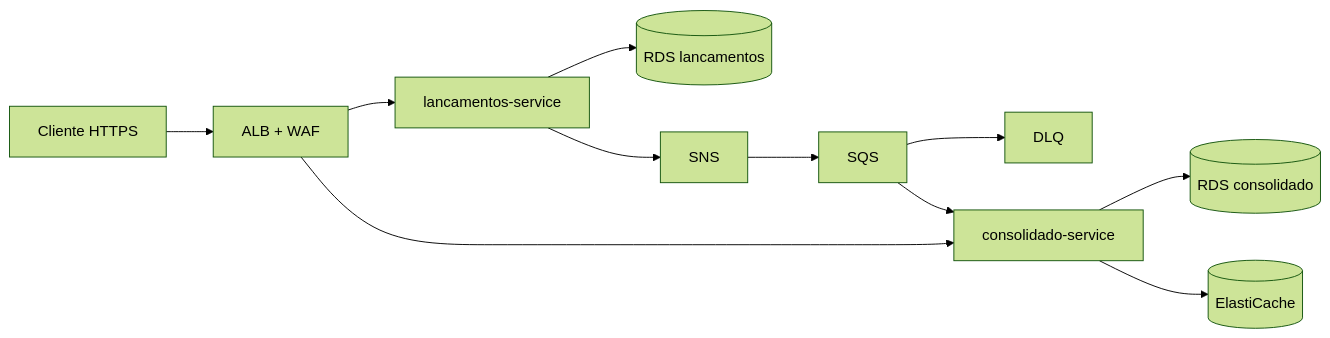
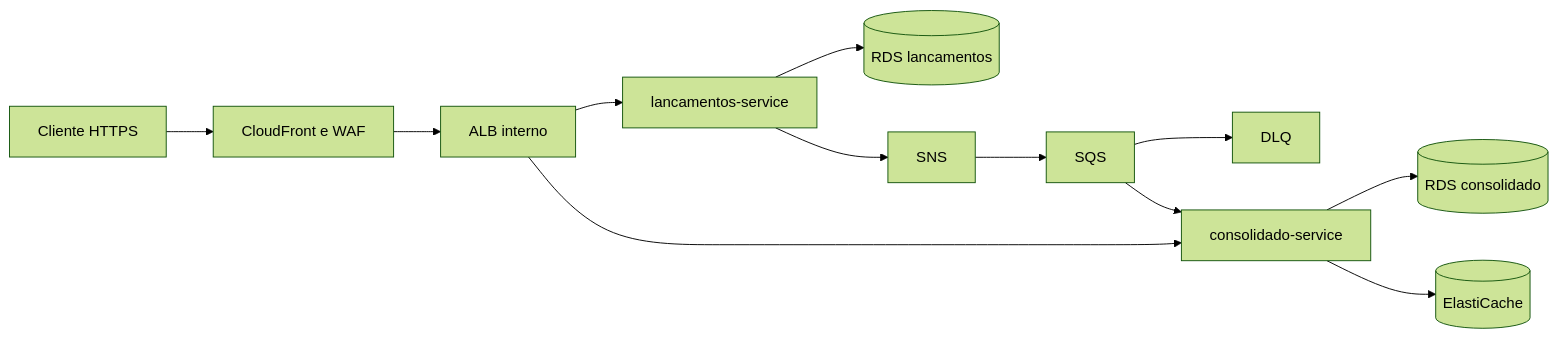
One commit to brunoaquino/fluxo-caixa changed the diagram in docs/03-arquitetura/arquitetura-alvo.md. Above: the diagram before and after it, drawn with Mermaid (forest theme). The commit also changed other lines of this file and 278 other files, not shown here.

````diff
--- a/docs/03-arquitetura/arquitetura-alvo.md
+++ b/docs/03-arquitetura/arquitetura-alvo.md
@@ -7,13 +7,14 @@
 ```mermaid
 flowchart LR
-  cliente["Cliente HTTPS"] --> alb["ALB + WAF"]
+  cliente["Cliente HTTPS"] --> cf["CloudFront e WAF"]
+  cf --> alb["ALB interno"]
   alb --> lanc["lancamentos-service"]
   alb --> cons["consolidado-service"]
   lanc --> dbl[("RDS lancamentos")]
   lanc --> sns["SNS"]
   sns --> sqs["SQS"]
   sqs --> dlq["DLQ"]
   sqs --> cons
   cons --> dbc[("RDS consolidado")]
   cons --> cache[("ElastiCache")]
 ```
````
